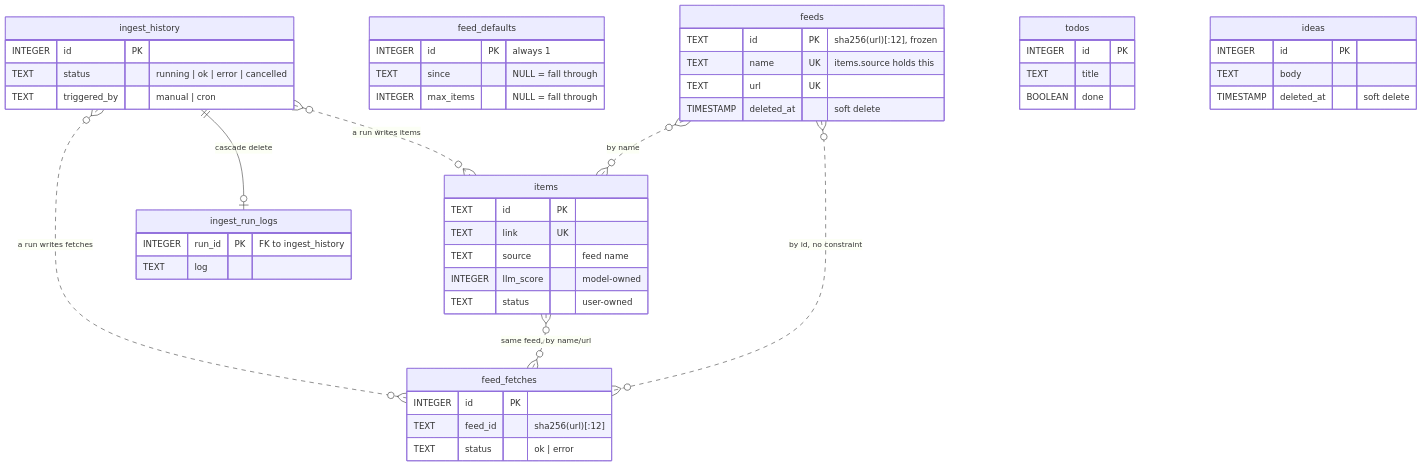
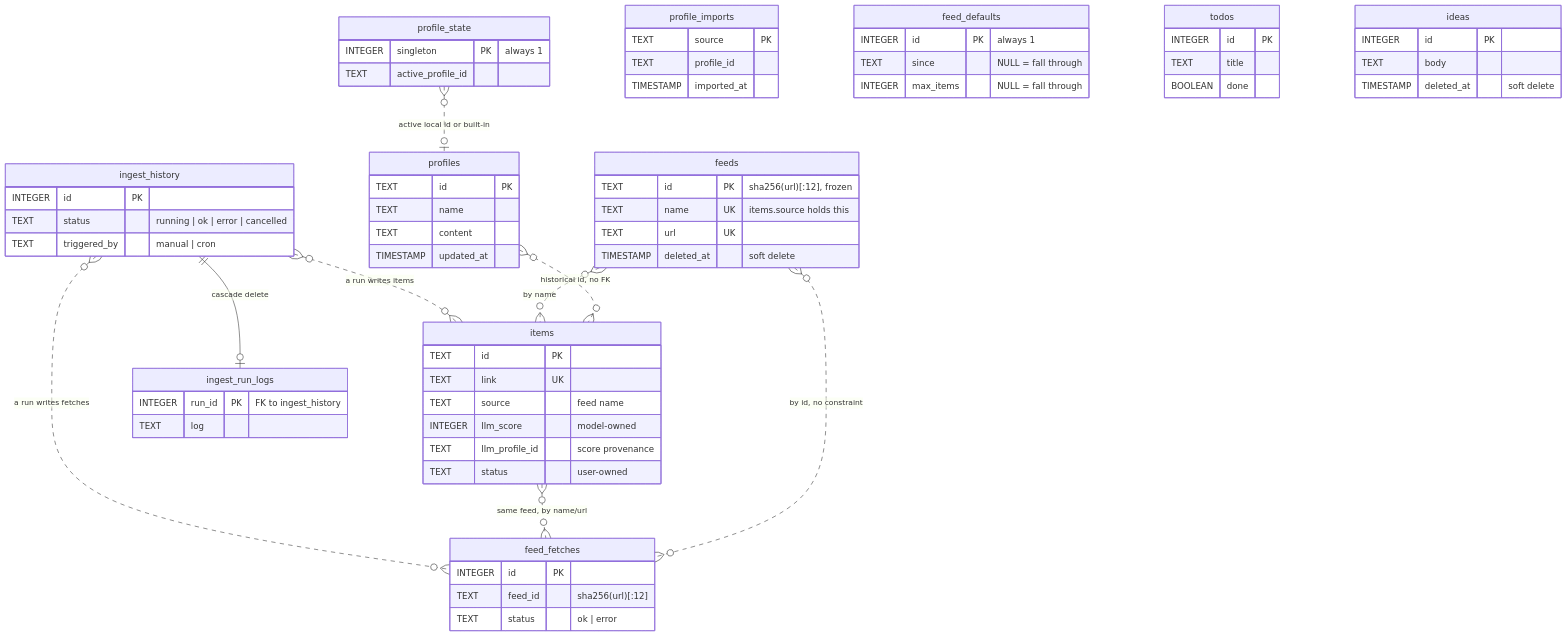
One commit to DanielBlei/rabbithole changed the first of 4 diagrams in docs/store.md. Above: the diagram before and after it, drawn with Mermaid. The commit also changed other lines of this file and 39 other files, not shown here.

Commit message:
feat(profile): manage interest profiles from the web UI

````diff
--- a/docs/store.md
+++ b/docs/store.md
@@ -22,52 +22,70 @@
 ```mermaid
 erDiagram
     items {
         TEXT id PK
         TEXT link UK
         TEXT source "feed name"
         INTEGER llm_score "model-owned"
+        TEXT llm_profile_id "score provenance"
         TEXT status "user-owned"
+    }
+    profiles {
+        TEXT id PK
+        TEXT name
+        TEXT content
+        TIMESTAMP updated_at
+    }
+    profile_state {
+        INTEGER singleton PK "always 1"
+        TEXT active_profile_id
+    }
+    profile_imports {
+        TEXT source PK
+        TEXT profile_id
+        TIMESTAMP imported_at
     }
     feeds {
         TEXT id PK "sha256(url)[:12], frozen"
         TEXT name UK "items.source holds this"
         TEXT url UK
         TIMESTAMP deleted_at "soft delete"
     }
     feed_defaults {
         INTEGER id PK "always 1"
         TEXT since "NULL = fall through"
         INTEGER max_items "NULL = fall through"
     }
     feed_fetches {
         INTEGER id PK
         TEXT feed_id "sha256(url)[:12]"
         TEXT status "ok | error"
     }
     ingest_history {
         INTEGER id PK
         TEXT status "running | ok | error | cancelled"
         TEXT triggered_by "manual | cron"
     }
     ingest_run_logs {
         INTEGER run_id PK "FK to ingest_history"
         TEXT log
     }
     todos {
         INTEGER id PK
         TEXT title
         BOOLEAN done
     }
     ideas {
         INTEGER id PK
         TEXT body
         TIMESTAMP deleted_at "soft delete"
     }
 
     ingest_history ||--o| ingest_run_logs : "cascade delete"
     ingest_history }o..o{ items : "a run writes items"
     ingest_history }o..o{ feed_fetches : "a run writes fetches"
     items }o..o{ feed_fetches : "same feed, by name/url"
     feeds }o..o{ feed_fetches : "by id, no constraint"
     feeds }o..o{ items : "by name"
+    profiles }o..o{ items : "historical id, no FK"
+    profile_state }o..o| profiles : "active local id or built-in"
 ```
````
